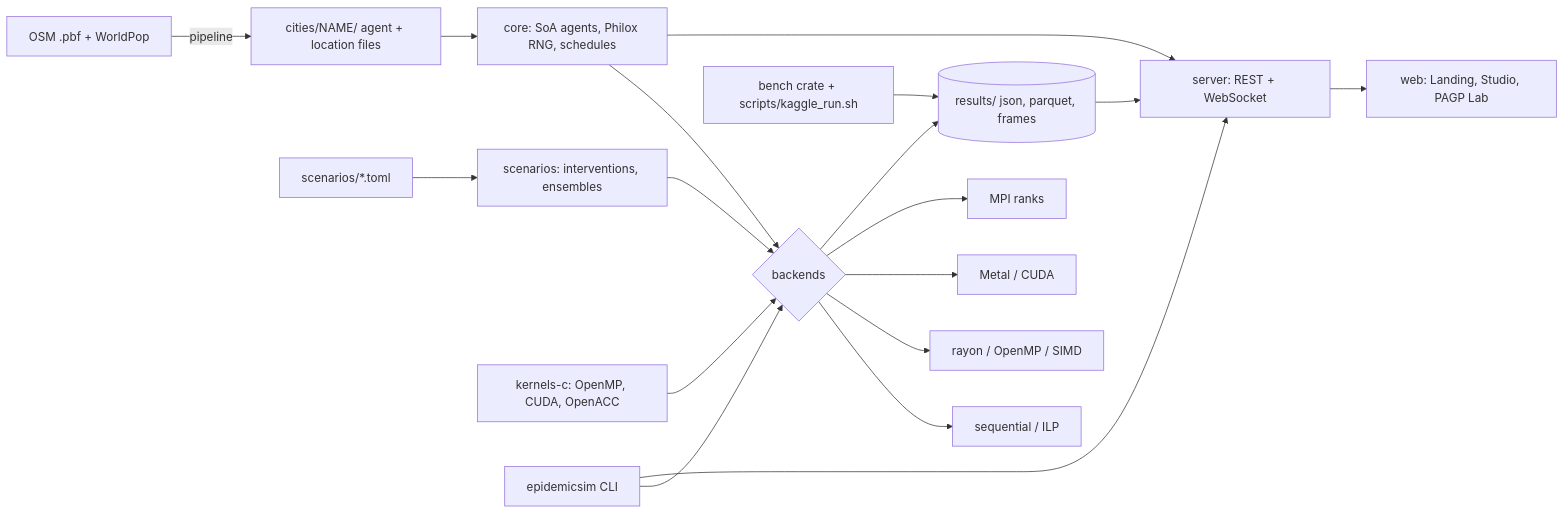
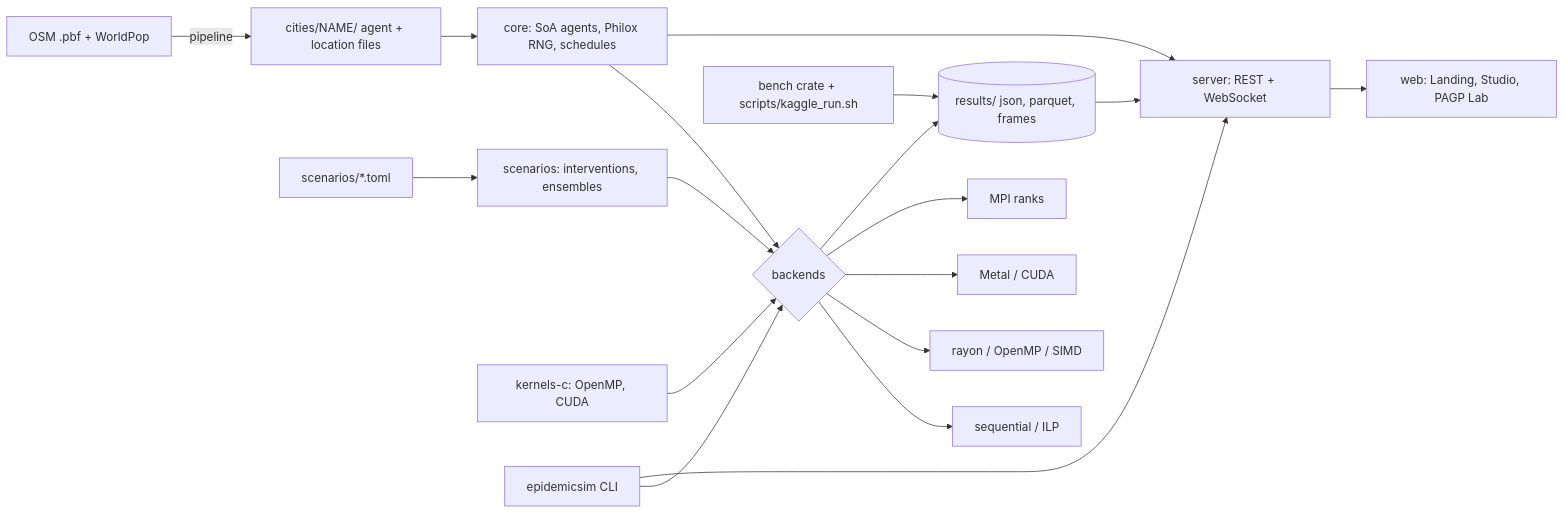
Before and after one commit to Nayuraikar/Epidemicsim: the diagram in README.md, drawn with Mermaid. The commit also changed other lines of this file and 48 other files, not shown here.

````diff
--- a/README.md
+++ b/README.md
@@ -11,20 +11,20 @@
 ```mermaid
 flowchart LR
   OSM[OSM .pbf + WorldPop] -->|pipeline| CITY[cities/NAME/ agent + location files]
   CITY --> CORE[core: SoA agents, Philox RNG, schedules]
   SCEN[scenarios/*.toml] --> SC[scenarios: interventions, ensembles]
   CORE --> BE{backends}
   SC --> BE
   BE --> SEQ[sequential / ILP]
   BE --> CPU[rayon / OpenMP / SIMD]
   BE --> GPU[Metal / CUDA]
   BE --> MPI[MPI ranks]
-  KC[kernels-c: OpenMP, CUDA, OpenACC] --> BE
+  KC[kernels-c: OpenMP, CUDA] --> BE
   BE --> RES[(results/ json, parquet, frames)]
   BENCH[bench crate + scripts/kaggle_run.sh] --> RES
   RES --> SRV[server: REST + WebSocket]
   CORE --> SRV
   SRV --> WEB[web: Landing, Studio, PAGP Lab]
   CLI[epidemicsim CLI] --> BE
   CLI --> SRV
 ```
````
